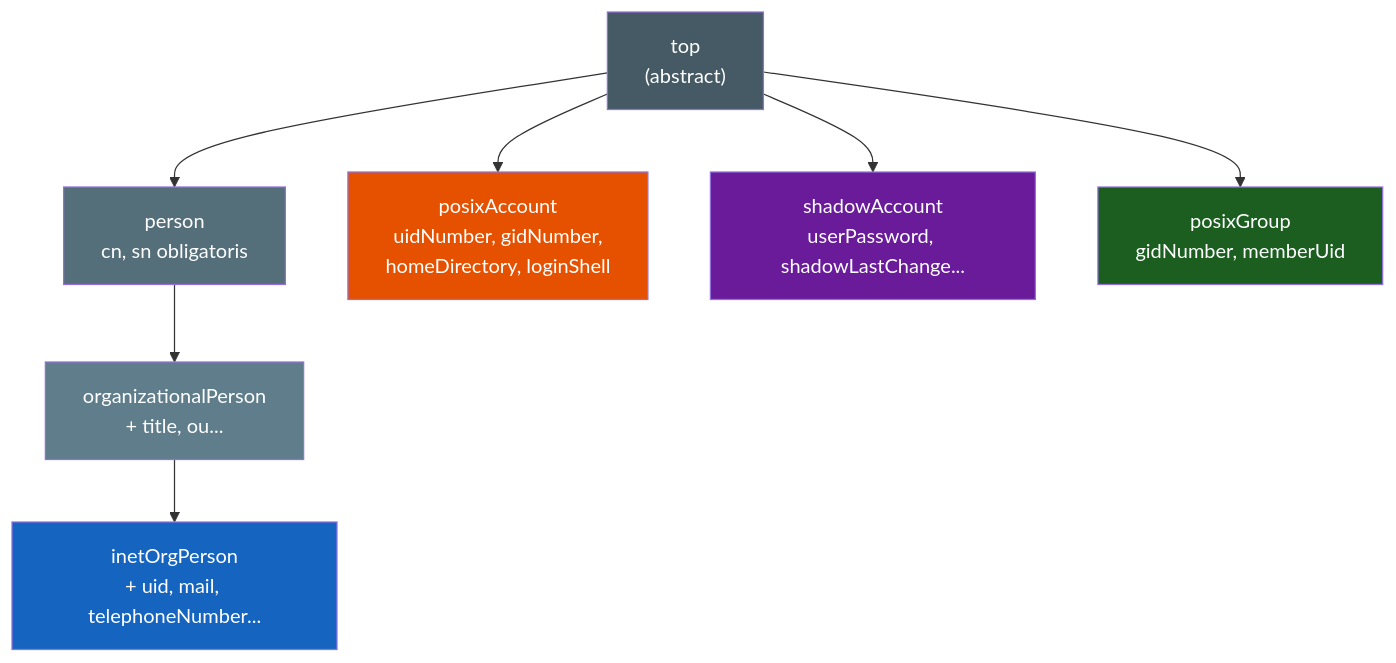
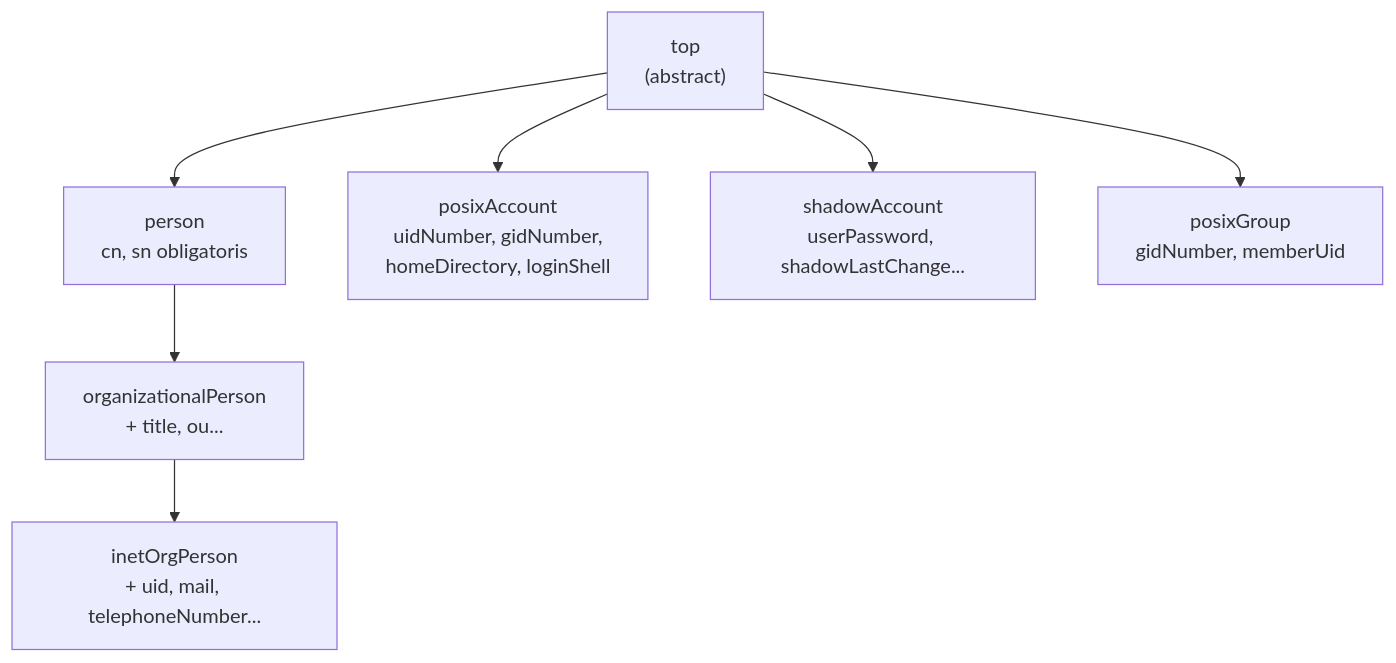
One commit to xtartera/TartyDocs changed the diagram in docs/ut2/bloc4-ldap-usuaris/17-objectclasses-posix.md. Above: the diagram before and after it, drawn with Mermaid. The commit also changed 15 other files, not shown here.

First line of the commit message:
ut2: elimina style directives dels diagrames mermaid (18 fitxers)

````diff
--- a/docs/ut2/bloc4-ldap-usuaris/17-objectclasses-posix.md
+++ b/docs/ut2/bloc4-ldap-usuaris/17-objectclasses-posix.md
@@ -20,17 +20,10 @@
     ```mermaid
     graph TD
         top["top\n(abstract)"] --> person["person\ncn, sn obligatoris"]
         person --> orgPerson["organizationalPerson\n+ title, ou..."]
         orgPerson --> inetOrg["inetOrgPerson\n+ uid, mail, telephoneNumber..."]
         top --> posix["posixAccount\nuidNumber, gidNumber,\nhomeDirectory, loginShell"]
         top --> shadow["shadowAccount\nuserPassword, shadowLastChange..."]
         top --> posixG["posixGroup\ngidNumber, memberUid"]
 
-        style top fill:#455A64,color:#fff
-        style person fill:#546E7A,color:#fff
-        style orgPerson fill:#607D8B,color:#fff
-        style inetOrg fill:#1565C0,color:#fff
-        style posix fill:#E65100,color:#fff
-        style shadow fill:#6A1B9A,color:#fff
-        style posixG fill:#1B5E20,color:#fff
     ```
````
